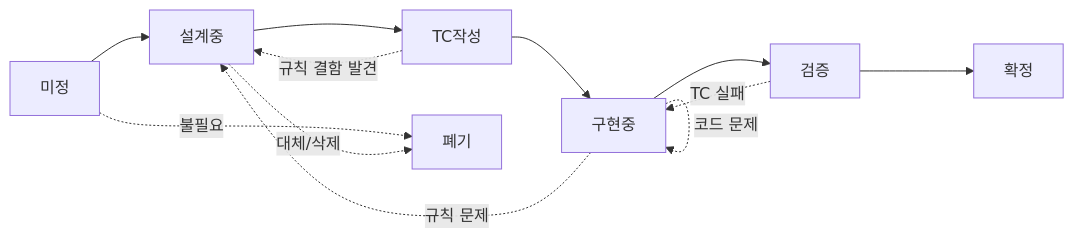
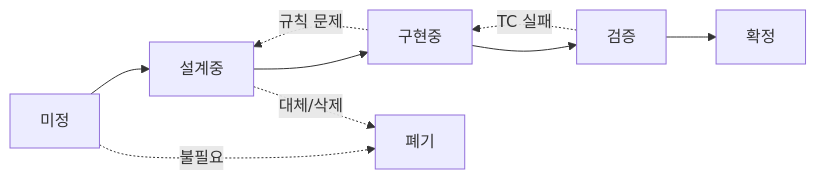
The diagram in 00_운영/운영규칙.md (roam1215-beep/Chronicle-wiki), drawn with Mermaid before and after one commit. The commit also changed other lines of this file and 11 other files, not shown here.

First line of the commit message:
[운영] TC작성 상태 워크플로우 제거 + 대시보드 동기

````diff
--- a/00_운영/운영규칙.md
+++ b/00_운영/운영규칙.md
@@ -97,16 +97,13 @@
 ```mermaid
 graph LR
     A[미정] --> B[설계중]
-    B --> C[TC작성]
-    C --> D[구현중]
-    D --> E[검증]
-    E --> F[확정]
+    B --> C[구현중]
+    C --> D[검증]
+    D --> E[확정]
     
-    C -.->|규칙 결함 발견| B
-    D -.->|코드 문제| D
-    D -.->|규칙 문제| B
-    E -.->|TC 실패| D
+    C -.->|규칙 문제| B
+    D -.->|TC 실패| C
 
-    A -.->|불필요| G[폐기]
-    B -.->|대체/삭제| G
+    A -.->|불필요| F[폐기]
+    B -.->|대체/삭제| F
 ```
````
